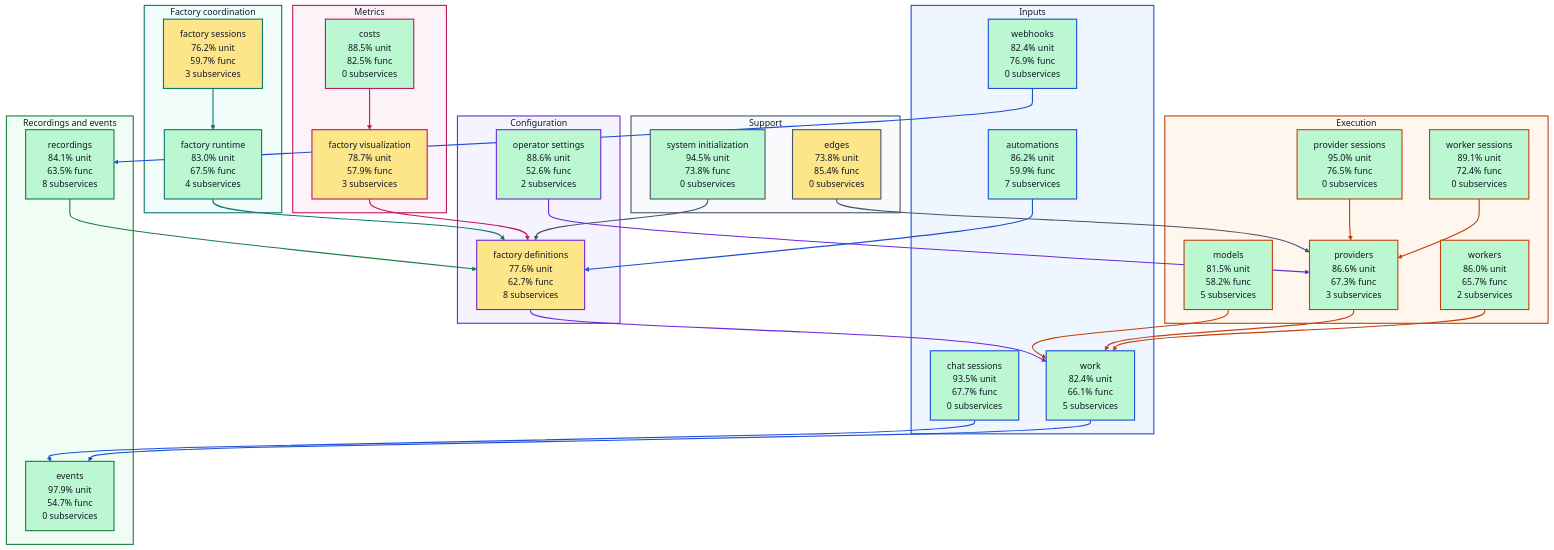
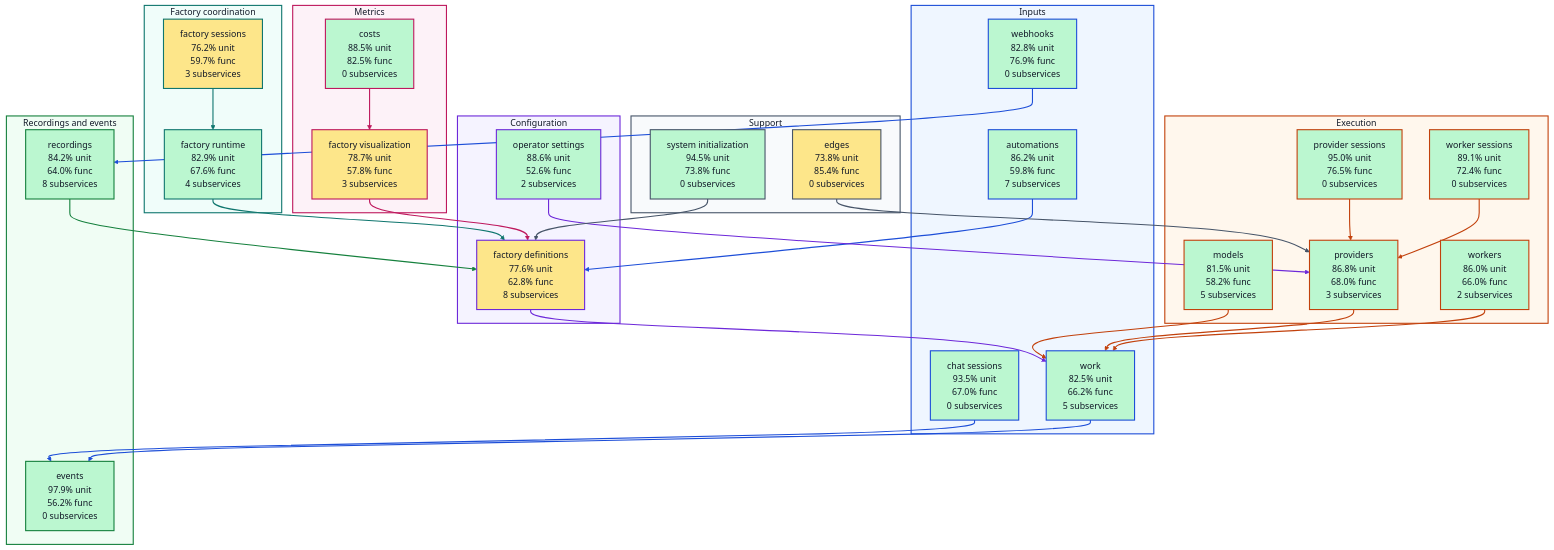
The diagram in docs/architecture/visualizations/high-level-test-coverage.md (portpowered/you-agent-factory), drawn with Mermaid (base theme) before and after one commit. The commit also changed other lines of this file and 20 other files, not shown here.

Commit message:
docs: refresh backend architecture visualizations

````diff
--- a/docs/architecture/visualizations/high-level-test-coverage.md
+++ b/docs/architecture/visualizations/high-level-test-coverage.md
@@ -11,33 +11,33 @@
 ```mermaid
 flowchart TB
   subgraph input["Inputs"]
-    s_services_automations["automations<br/>86.2% unit<br/>59.9% func<br/>7 subservices"]
-    s_services_chat_sessions["chat sessions<br/>93.5% unit<br/>67.7% func<br/>0 subservices"]
-    s_services_webhooks["webhooks<br/>82.4% unit<br/>76.9% func<br/>0 subservices"]
-    s_services_work["work<br/>82.4% unit<br/>66.1% func<br/>5 subservices"]
+    s_services_automations["automations<br/>86.2% unit<br/>59.8% func<br/>7 subservices"]
+    s_services_chat_sessions["chat sessions<br/>93.5% unit<br/>67.0% func<br/>0 subservices"]
+    s_services_webhooks["webhooks<br/>82.8% unit<br/>76.9% func<br/>0 subservices"]
+    s_services_work["work<br/>82.5% unit<br/>66.2% func<br/>5 subservices"]
   end
   subgraph configuration["Configuration"]
-    s_services_factory_definitions["factory definitions<br/>77.6% unit<br/>62.7% func<br/>8 subservices"]
+    s_services_factory_definitions["factory definitions<br/>77.6% unit<br/>62.8% func<br/>8 subservices"]
     s_services_operator_settings["operator settings<br/>88.6% unit<br/>52.6% func<br/>2 subservices"]
   end
   subgraph coordination["Factory coordination"]
-    s_services_factory_runtime["factory runtime<br/>83.0% unit<br/>67.5% func<br/>4 subservices"]
+    s_services_factory_runtime["factory runtime<br/>82.9% unit<br/>67.6% func<br/>4 subservices"]
     s_services_factory_sessions["factory sessions<br/>76.2% unit<br/>59.7% func<br/>3 subservices"]
   end
   subgraph execution["Execution"]
     s_services_models["models<br/>81.5% unit<br/>58.2% func<br/>5 subservices"]
     s_services_provider_sessions["provider sessions<br/>95.0% unit<br/>76.5% func<br/>0 subservices"]
-    s_services_providers["providers<br/>86.6% unit<br/>67.3% func<br/>3 subservices"]
+    s_services_providers["providers<br/>86.8% unit<br/>68.0% func<br/>3 subservices"]
     s_services_worker_sessions["worker sessions<br/>89.1% unit<br/>72.4% func<br/>0 subservices"]
-    s_services_workers["workers<br/>86.0% unit<br/>65.7% func<br/>2 subservices"]
+    s_services_workers["workers<br/>86.0% unit<br/>66.0% func<br/>2 subservices"]
   end
   subgraph recordings["Recordings and events"]
-    s_services_events["events<br/>97.9% unit<br/>54.7% func<br/>0 subservices"]
-    s_services_recordings["recordings<br/>84.1% unit<br/>63.5% func<br/>8 subservices"]
+    s_services_events["events<br/>97.9% unit<br/>56.2% func<br/>0 subservices"]
+    s_services_recordings["recordings<br/>84.2% unit<br/>64.0% func<br/>8 subservices"]
   end
   subgraph metrics["Metrics"]
     s_services_costs["costs<br/>88.5% unit<br/>82.5% func<br/>0 subservices"]
-    s_services_factory_visualization["factory visualization<br/>78.7% unit<br/>57.9% func<br/>3 subservices"]
+    s_services_factory_visualization["factory visualization<br/>78.7% unit<br/>57.8% func<br/>3 subservices"]
   end
   subgraph support["Support"]
     s_services_edges["edges<br/>73.8% unit<br/>85.4% func<br/>0 subservices"]
````
